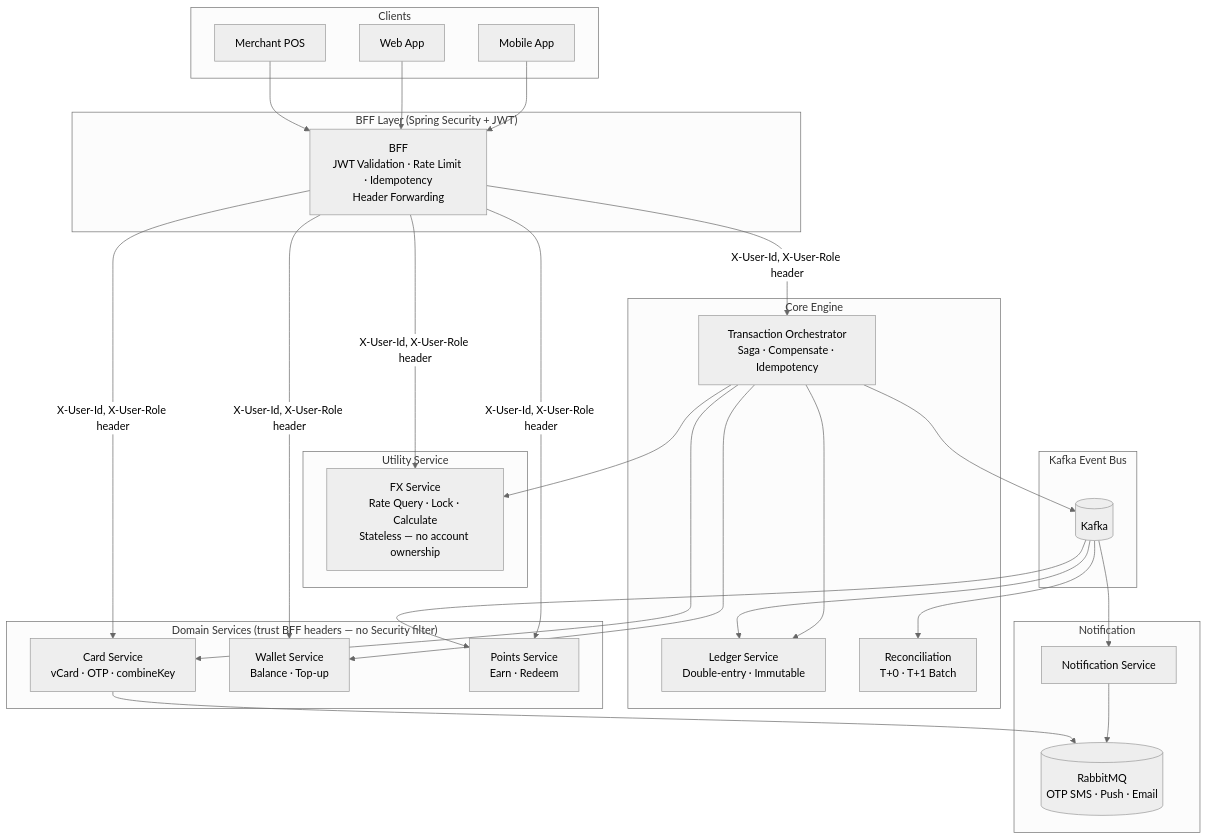
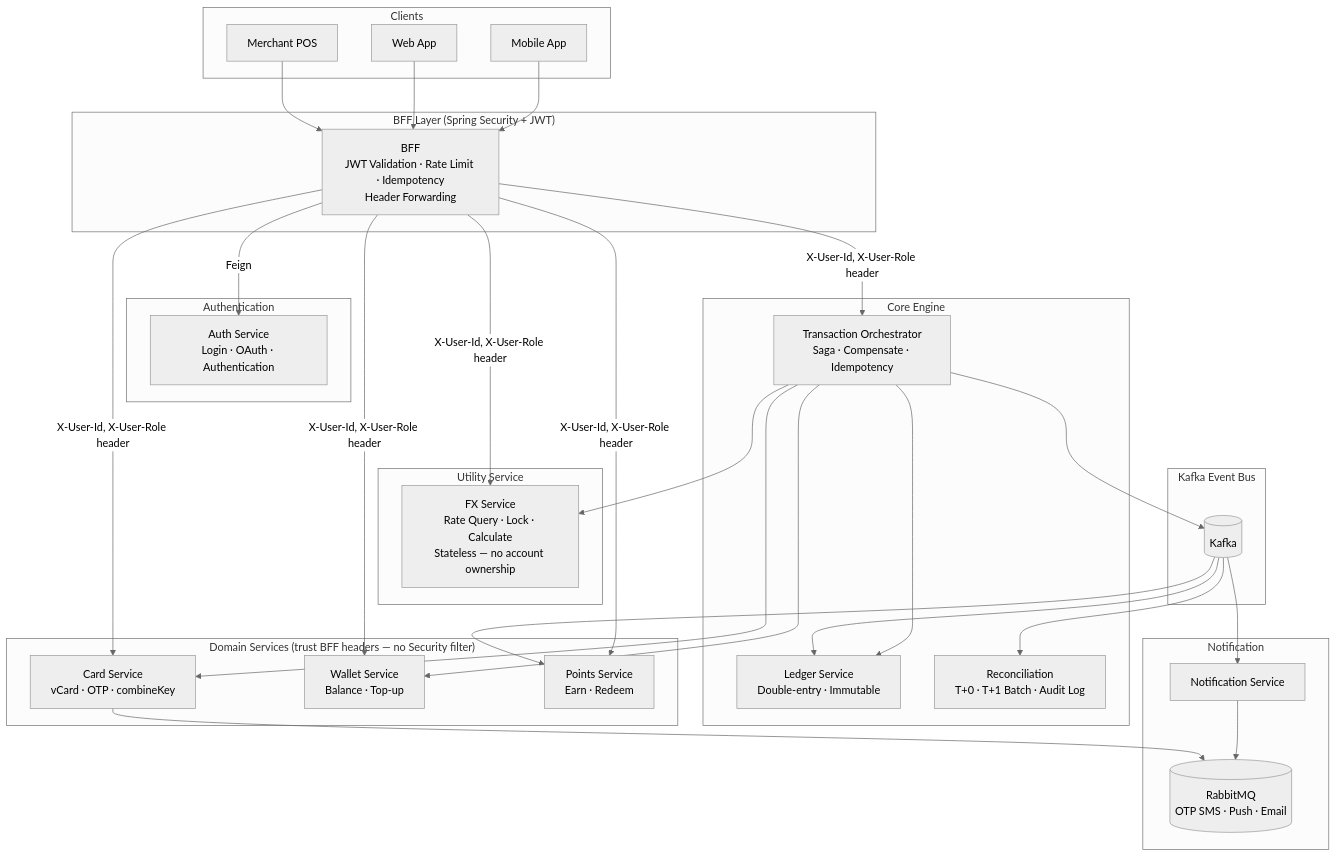
The diagram in guideline/1-system-architecture.md (Williamrightone/WillCard_Doc), drawn with Mermaid (neutral theme) before and after one commit. The commit also changed other lines of this file and 5 other files, not shown here.

````diff
--- a/guideline/1-system-architecture.md
+++ b/guideline/1-system-architecture.md
@@ -36,61 +36,66 @@
 ```mermaid
 graph TB
     subgraph Clients["Clients"]
         MA[Mobile App]
         WA[Web App]
         POS[Merchant POS]
     end
 
     subgraph BFF_Layer["BFF Layer (Spring Security + JWT)"]
         BFF[BFF<br/>JWT Validation · Rate Limit · Idempotency<br/>Header Forwarding]
+    end
+
+    subgraph Auth_Layer["Authentication"]
+        AUTH[Auth Service<br/>Login · OAuth · Authentication]
     end
 
     subgraph Domain_Layer["Domain Services (trust BFF headers — no Security filter)"]
         CARD[Card Service<br/>vCard · OTP · combineKey]
         WALLET[Wallet Service<br/>Balance · Top-up]
         POINTS[Points Service<br/>Earn · Redeem]
     end
 
     subgraph Utility_Layer["Utility Service"]
         FX[FX Service<br/>Rate Query · Lock · Calculate<br/>Stateless — no account ownership]
     end
 
     subgraph Core_Layer["Core Engine"]
         ORCH[Transaction Orchestrator<br/>Saga · Compensate · Idempotency]
         LEDGER[Ledger Service<br/>Double-entry · Immutable]
-        RECON[Reconciliation<br/>T+0 · T+1 Batch]
+        RECON[Reconciliation<br/>T+0 · T+1 Batch · Audit Log]
     end
 
     subgraph Event_Bus["Kafka Event Bus"]
         KAFKA[(Kafka)]
     end
 
     subgraph Notification_Layer["Notification"]
         NOTIFY[Notification Service]
         MQ[(RabbitMQ<br/>OTP SMS · Push · Email)]
     end
 
     MA --> BFF
     WA --> BFF
     POS --> BFF
 
+    BFF -->|Feign| AUTH
     BFF -->|X-User-Id, X-User-Role header| CARD
     BFF -->|X-User-Id, X-User-Role header| WALLET
     BFF -->|X-User-Id, X-User-Role header| POINTS
     BFF -->|X-User-Id, X-User-Role header| FX
     BFF -->|X-User-Id, X-User-Role header| ORCH
 
     ORCH --> CARD
     ORCH --> WALLET
     ORCH --> FX
     ORCH --> LEDGER
     ORCH --> KAFKA
 
     KAFKA --> POINTS
     KAFKA --> LEDGER
     KAFKA --> RECON
     KAFKA --> NOTIFY
 
     NOTIFY --> MQ
     CARD --> MQ
 ```
````
